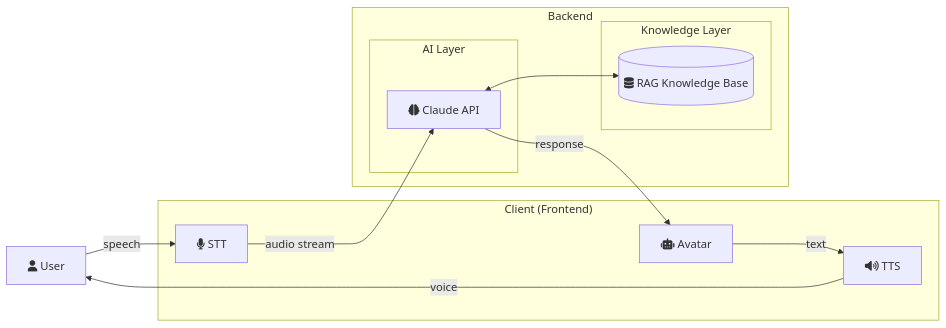
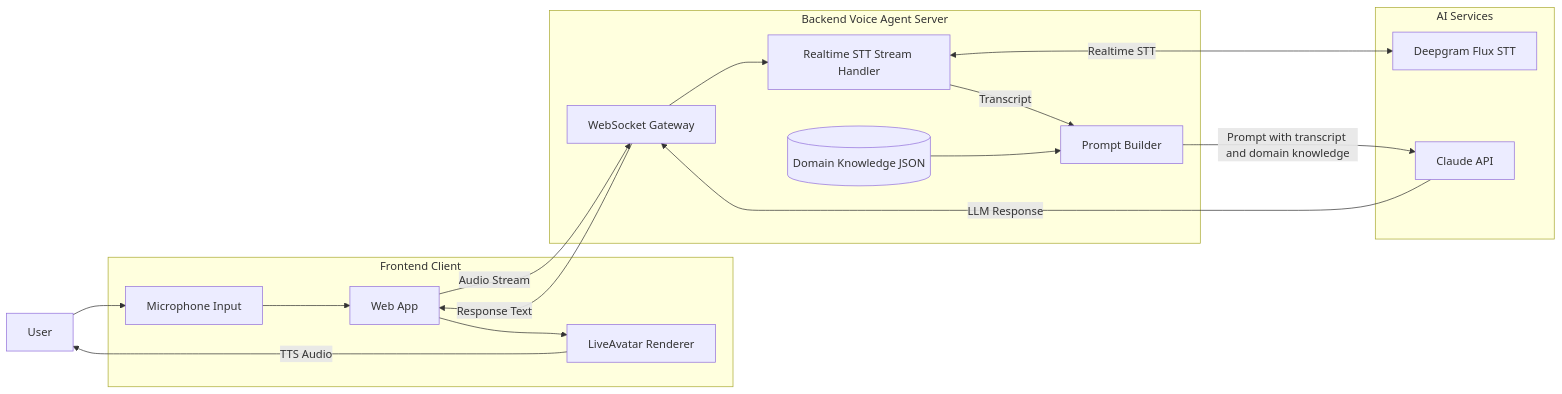
One commit to zoolu-got-rhythm/cascaded-voice-agent-spike changed the diagram in architecture-flow-chart.mermaid. Above: the diagram before and after it, drawn with Mermaid. The commit also changed 1 other file, not shown here.

```diff
--- a/architecture-flow-chart.mermaid
+++ b/architecture-flow-chart.mermaid
@@ -1,31 +1,47 @@
 flowchart LR
+    %% User
+    U["User"]
 
-USER["fa:fa-user User"]
+    %% Frontend Layer
+    subgraph FE["Frontend Client"]
+        MIC["Microphone Input"]
+        WEB["Web App"]
+        AV["LiveAvatar Renderer"]
+    end
 
-%% CLIENT
-subgraph CLIENT["Client (Frontend)"]
-STT["fa:fa-microphone STT"]
-AVATAR["fa:fa-robot Avatar"]
-TTS["fa:fa-volume-up TTS"]
-end
+    %% Backend Layer
+    subgraph BE["Backend Voice Agent Server"]
+        WS["WebSocket Gateway"]
+        STTPIPE["Realtime STT Stream Handler"]
+        PROMPT["Prompt Builder"]
+        DK[("Domain Knowledge JSON")]
+    end
 
-%% BACKEND
-subgraph BACKEND["Backend"]
+    %% AI Services
+    subgraph AI["AI Services"]
+        DG["Deepgram Flux STT"]
+        CL["Claude API"]
+    end
 
-subgraph AI["AI Layer"]
-CLAUDE["fa:fa-brain Claude API"]
-end
+    %% Flow
+    U --> MIC
+    MIC --> WEB
 
-subgraph KNOWLEDGE["Knowledge Layer"]
-RAG[("fa:fa-database RAG Knowledge Base")]
-end
+    WEB -->|Audio Stream| WS
 
-end
+    WS --> STTPIPE
 
-USER -- "speech" --> STT
-STT -- "audio stream" --> CLAUDE
-CLAUDE -- "response" --> AVATAR
-AVATAR -- "text" --> TTS
-TTS -- "voice" --> USER
+    STTPIPE <--> |Realtime STT| DG
 
-CLAUDE <--> RAG
+    STTPIPE -->|Transcript| PROMPT
+    DK --> PROMPT
+
+    PROMPT -->|Prompt with transcript and domain knowledge| CL
+
+    CL -->|LLM Response| WS
+
+    WS -->|Response Text| WEB
+
+    WEB --> AV
+
+    AV -->|TTS Audio| U
```
